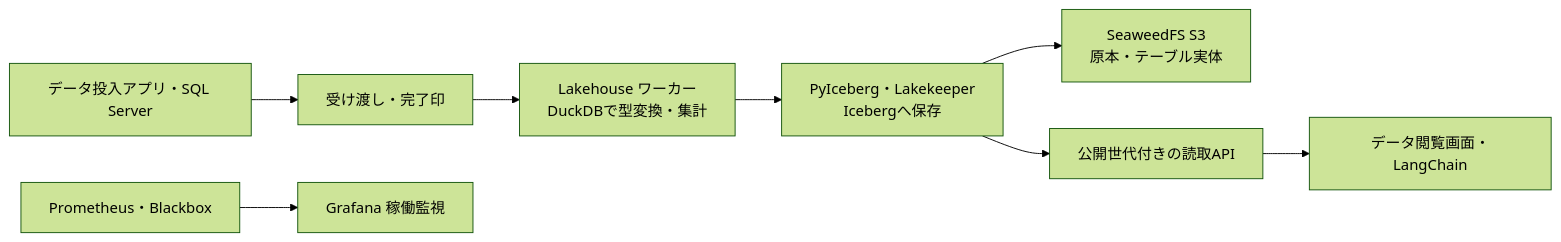
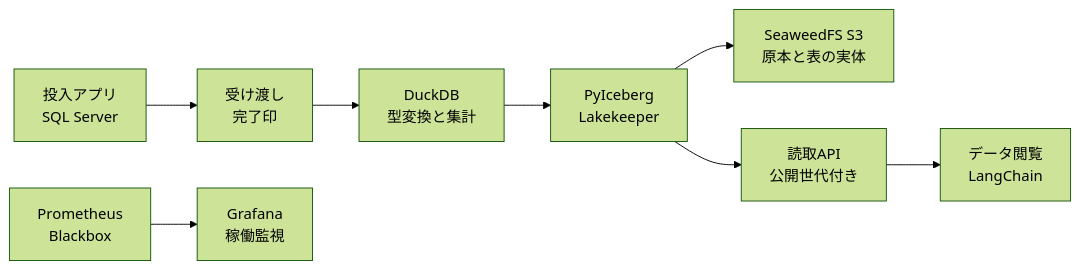
One commit to hiromura16/lakehouse-foundation-R changed the diagram in README.md. Above: the diagram before and after it, drawn with Mermaid (forest theme). The commit also changed other lines of this file and 21 other files, not shown here.

````diff
--- a/README.md
+++ b/README.md
@@ -21,10 +21,10 @@
 ```mermaid
 flowchart LR
-  SRC["データ投入アプリ・SQL Server"] --> L["受け渡し・完了印"]
-  L --> W["Lakehouse ワーカー<br/>DuckDBで型変換・集計"]
-  W --> I["PyIceberg・Lakekeeper<br/>Icebergへ保存"]
-  I --> S["SeaweedFS S3<br/>原本・テーブル実体"]
-  I --> A["公開世代付きの読取API"]
-  A --> U["データ閲覧画面・LangChain"]
-  P["Prometheus・Blackbox"] --> G["Grafana 稼働監視"]
+  SRC["投入アプリ<br/>SQL Server"] --> L["受け渡し<br/>完了印"]
+  L --> W["DuckDB<br/>型変換と集計"]
+  W --> I["PyIceberg<br/>Lakekeeper"]
+  I --> S["SeaweedFS S3<br/>原本と表の実体"]
+  I --> A["読取API<br/>公開世代付き"]
+  A --> U["データ閲覧<br/>LangChain"]
+  P["Prometheus<br/>Blackbox"] --> G["Grafana<br/>稼働監視"]
 ```
````
